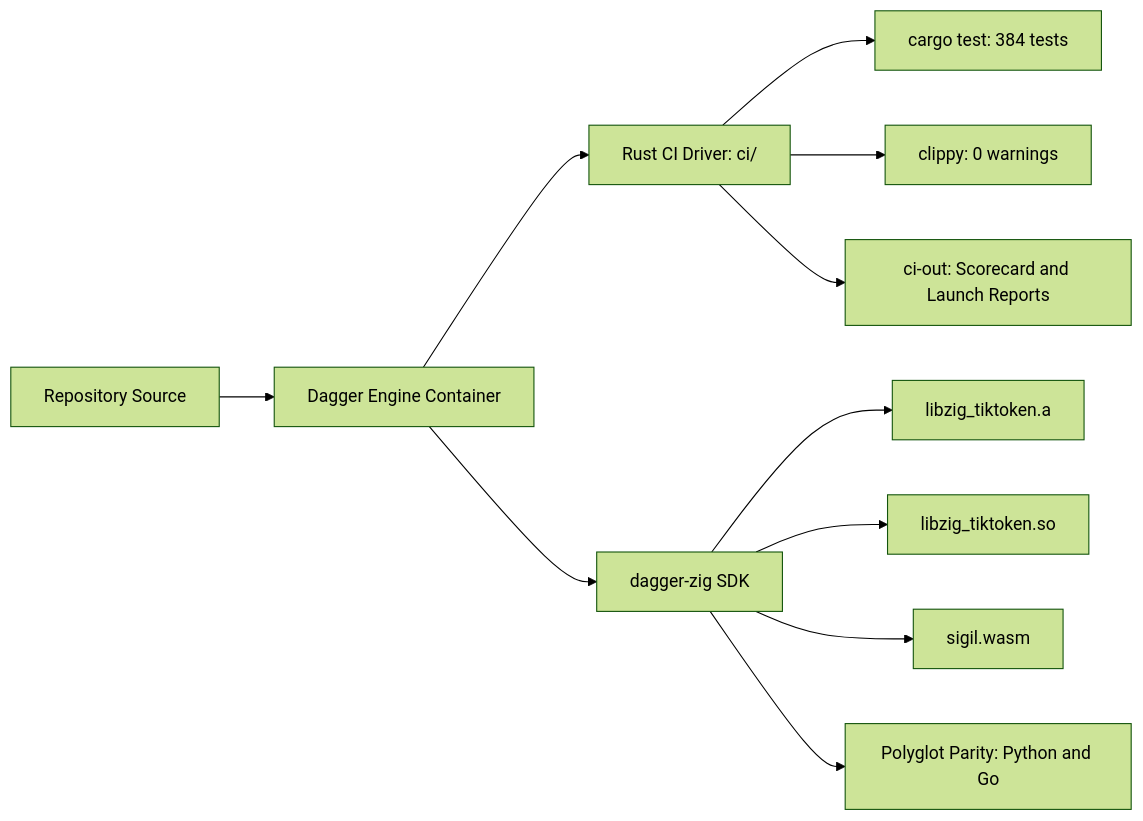
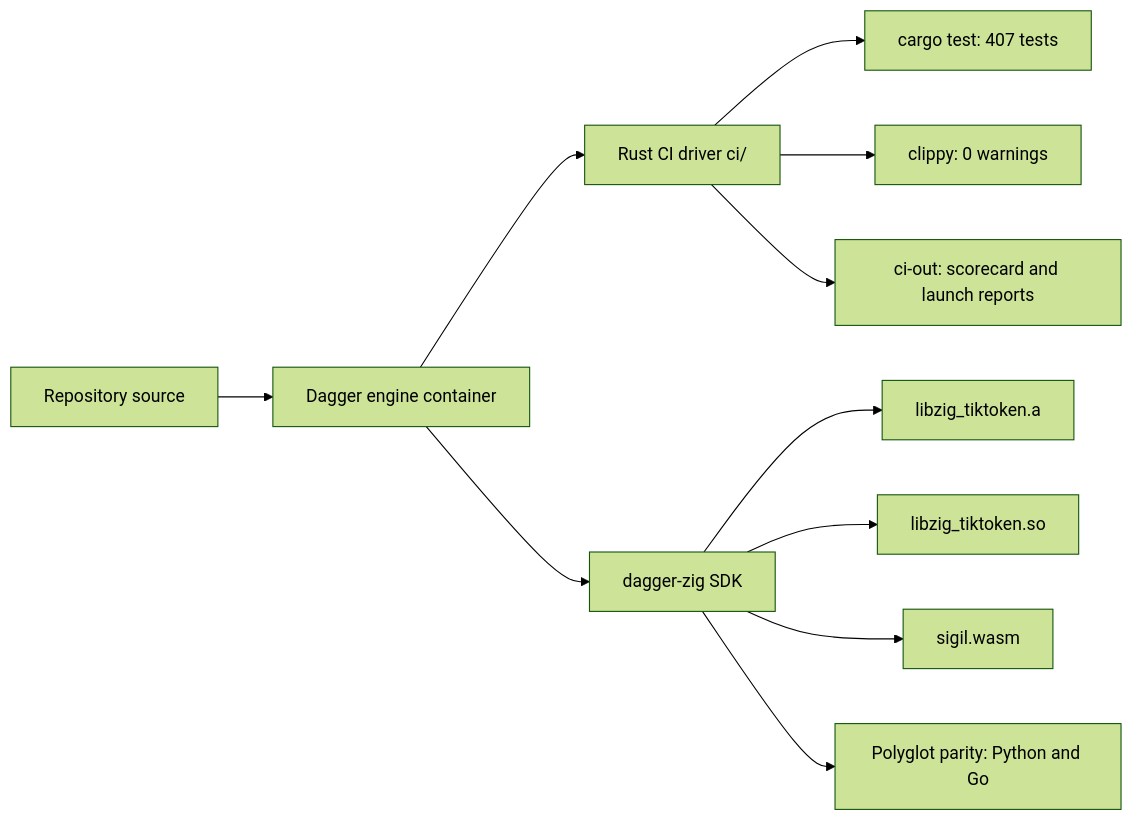
One commit to ckodex-labs/ckodex-sigil-ric changed the second of 2 diagrams in docs/ARCHITECTURE.md. Above: the diagram before and after it, drawn with Mermaid (forest theme). The commit also changed other lines of this file and 1 other file, not shown here.

Commit message:
docs: update architecture diagrams and test count with ric v0.2 recursive delegation

````diff
--- a/docs/ARCHITECTURE.md
+++ b/docs/ARCHITECTURE.md
@@ -85,15 +84,15 @@
 ```mermaid
 flowchart LR
-    SRC["Repository Source"] --> DAGGER["Dagger Engine Container"]
-    DAGGER --> RUST["Rust CI Driver: ci/"]
-    DAGGER --> ZIG["dagger-zig SDK"]
+    Source["Repository source"] --> DaggerEngine["Dagger engine container"]
+    DaggerEngine --> RustCI["Rust CI driver ci/"]
+    DaggerEngine --> ZigSDK["dagger-zig SDK"]
 
-    RUST --> TESTS["cargo test: 384 tests"]
-    RUST --> CLIPPY["clippy: 0 warnings"]
-    RUST --> REPORTS["ci-out: Scorecard and Launch Reports"]
+    RustCI --> Tests["cargo test: 407 tests"]
+    RustCI --> Clippy["clippy: 0 warnings"]
+    RustCI --> Reports["ci-out: scorecard and launch reports"]
 
-    ZIG --> STATIC["libzig_tiktoken.a"]
-    ZIG --> SHARED["libzig_tiktoken.so"]
-    ZIG --> WASM["sigil.wasm"]
-    ZIG --> PARITY["Polyglot Parity: Python and Go"]
+    ZigSDK --> StaticLib["libzig_tiktoken.a"]
+    ZigSDK --> SharedLib["libzig_tiktoken.so"]
+    ZigSDK --> WasmMod["sigil.wasm"]
+    ZigSDK --> Parity["Polyglot parity: Python and Go"]
 ```
````
